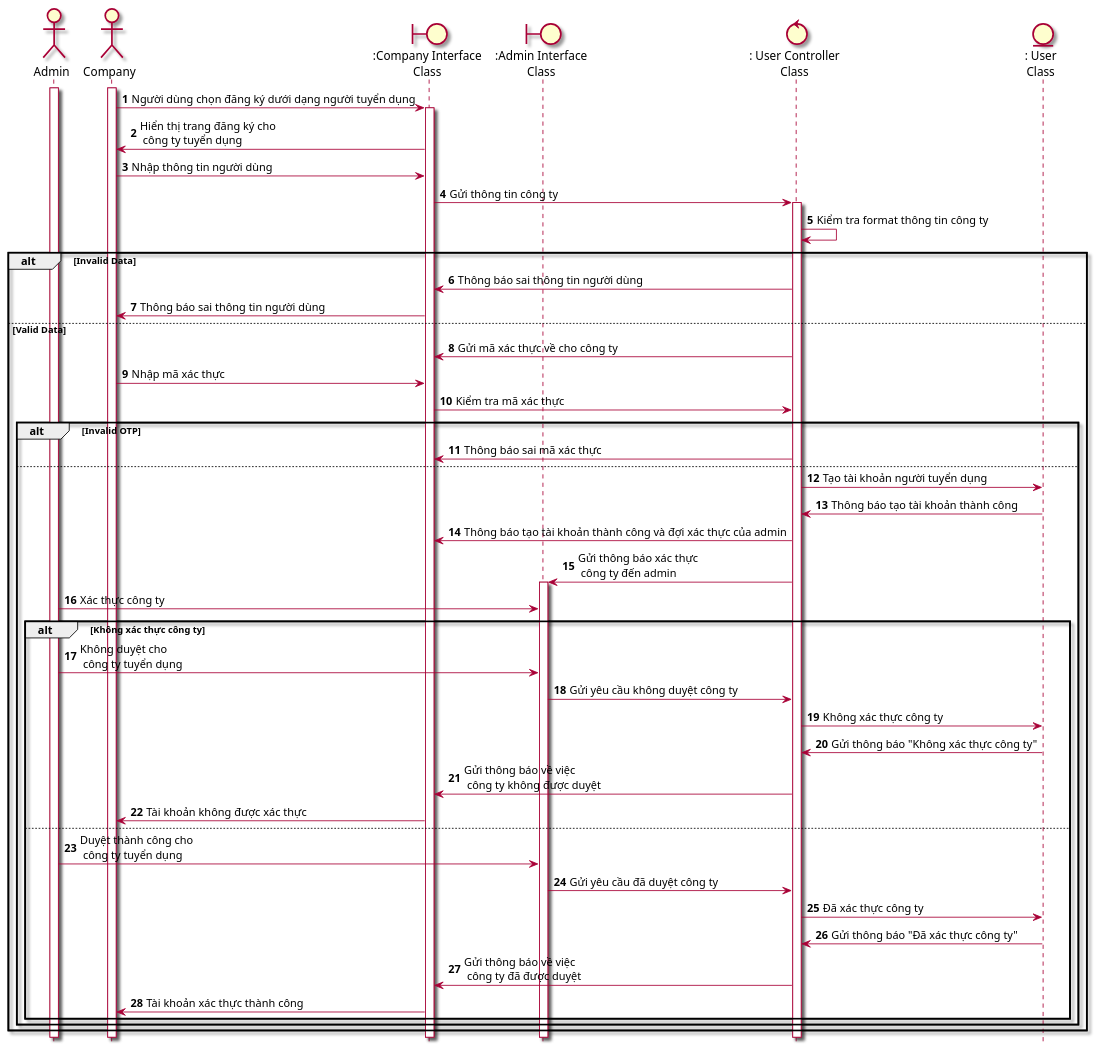
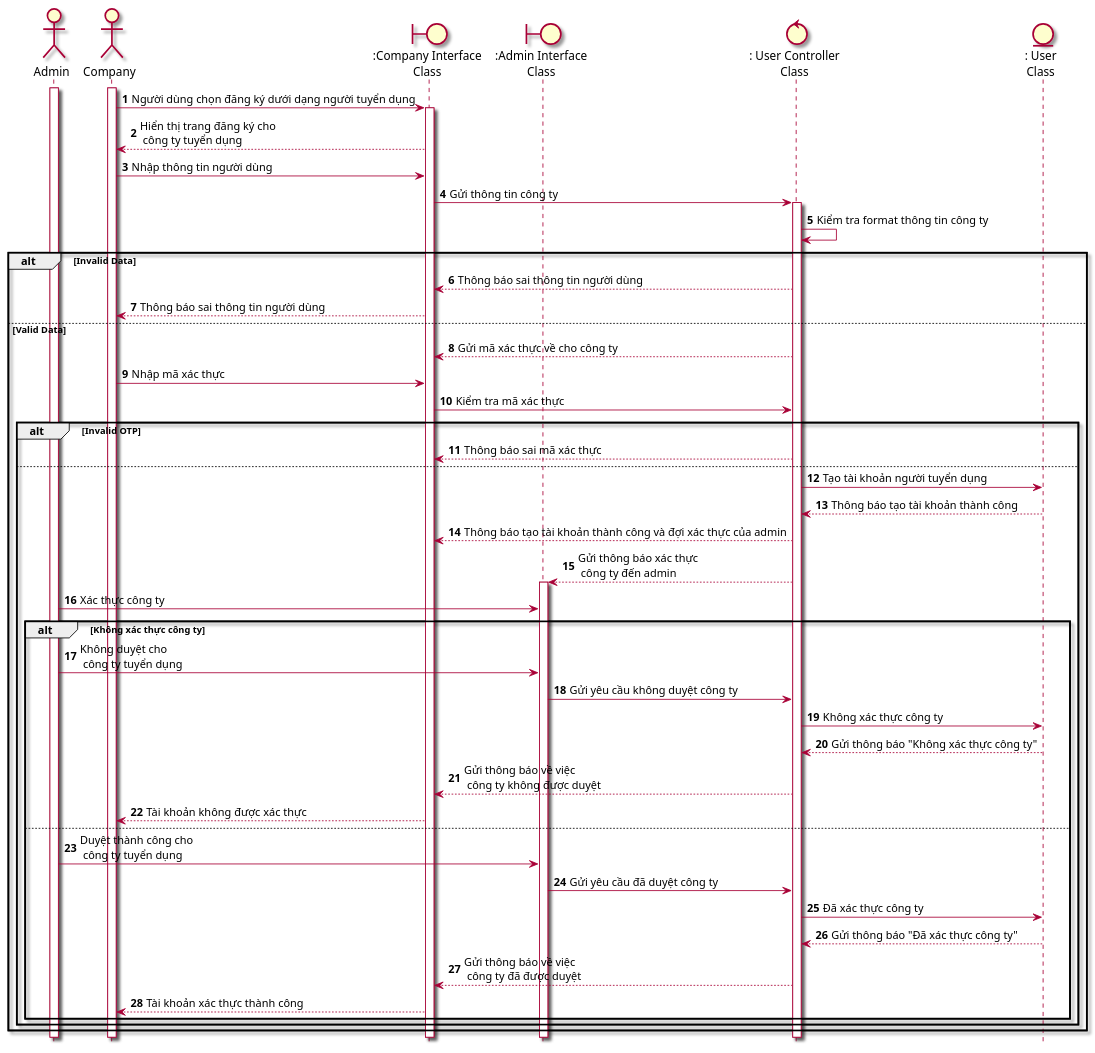
The diagram in Lab1/Lab 1.2 Diagram/Sequence/FilePUML/1.2 SeqDangKy(CongTy).puml (Griselda4774/EAS-EmploymentAssistanceSystem), drawn with PlantUML before and after one commit. The commit also changed 40 other files, not shown here.

Commit message:
Change Sequence diagram

```diff
--- a/Lab1/Lab 1.2 Diagram/Sequence/FilePUML/1.2 SeqDangKy(CongTy).puml
+++ b/Lab1/Lab 1.2 Diagram/Sequence/FilePUML/1.2 SeqDangKy(CongTy).puml
@@ -1,53 +1,53 @@
 @startuml SeqDangKycompany
 skin rose
 hide footbox
 actor admin as "Admin"
 actor company as "Company"
 boundary ":Company Interface\nClass" as companyInterface
 boundary ":Admin Interface\nClass" as adminInteface
 control ": User Controller\nClass" as userController
 entity User as ": User\nClass" 
 autonumber
 company++
 admin++
 company -> companyInterface++ : Người dùng chọn đăng ký dưới dạng người tuyển dụng 
-companyInterface -> company : Hiển thị trang đăng ký cho\n công ty tuyển dụng
+companyInterface --> company : Hiển thị trang đăng ký cho\n công ty tuyển dụng
 company -> companyInterface: Nhập thông tin người dùng
 companyInterface -> userController++: Gửi thông tin công ty
 userController -> userController: Kiểm tra format thông tin công ty
 
 alt Invalid Data
-    userController ->companyInterface: Thông báo sai thông tin người dùng
-    companyInterface ->company: Thông báo sai thông tin người dùng
+    userController -->companyInterface: Thông báo sai thông tin người dùng
+    companyInterface -->company: Thông báo sai thông tin người dùng
 else Valid Data
-    userController -> companyInterface: Gửi mã xác thực về cho công ty
+    userController --> companyInterface: Gửi mã xác thực về cho công ty
     company -> companyInterface: Nhập mã xác thực 
     companyInterface -> userController: Kiểm tra mã xác thực
     alt Invalid OTP
-        userController -> companyInterface : Thông báo sai mã xác thực  
+        userController --> companyInterface : Thông báo sai mã xác thực  
     else
         userController -> User: Tạo tài khoản người tuyển dụng
-        User -> userController: Thông báo tạo tài khoản thành công
-        userController -> companyInterface: Thông báo tạo tài khoản thành công và đợi xác thực của admin 
-        userController -> adminInteface++: Gửi thông báo xác thực\n công ty đến admin
+        User --> userController: Thông báo tạo tài khoản thành công
+        userController --> companyInterface: Thông báo tạo tài khoản thành công và đợi xác thực của admin 
+        userController --> adminInteface++: Gửi thông báo xác thực\n công ty đến admin
         admin -> adminInteface: Xác thực công ty
         alt Không xác thực công ty
         admin -> adminInteface: Không duyệt cho\n công ty tuyển dụng
         adminInteface -> userController: Gửi yêu cầu không duyệt công ty
         userController -> User: Không xác thực công ty
-        User -> userController: Gửi thông báo "Không xác thực công ty"
-        userController -> companyInterface: Gửi thông báo về việc\n công ty không được duyệt
-        companyInterface -> company: Tài khoản không được xác thực
+        User --> userController: Gửi thông báo "Không xác thực công ty"
+        userController --> companyInterface: Gửi thông báo về việc\n công ty không được duyệt
+        companyInterface --> company: Tài khoản không được xác thực
 
         else
         admin -> adminInteface: Duyệt thành công cho\n công ty tuyển dụng
          adminInteface -> userController: Gửi yêu cầu đã duyệt công ty
         userController -> User: Đã xác thực công ty
-        User -> userController: Gửi thông báo "Đã xác thực công ty"
-        userController -> companyInterface: Gửi thông báo về việc\n công ty đã được duyệt  
-        companyInterface -> company: Tài khoản xác thực thành công
+        User --> userController: Gửi thông báo "Đã xác thực công ty"
+        userController --> companyInterface: Gửi thông báo về việc\n công ty đã được duyệt  
+        companyInterface --> company: Tài khoản xác thực thành công
 
         end
     end
 end
 @enduml
```
